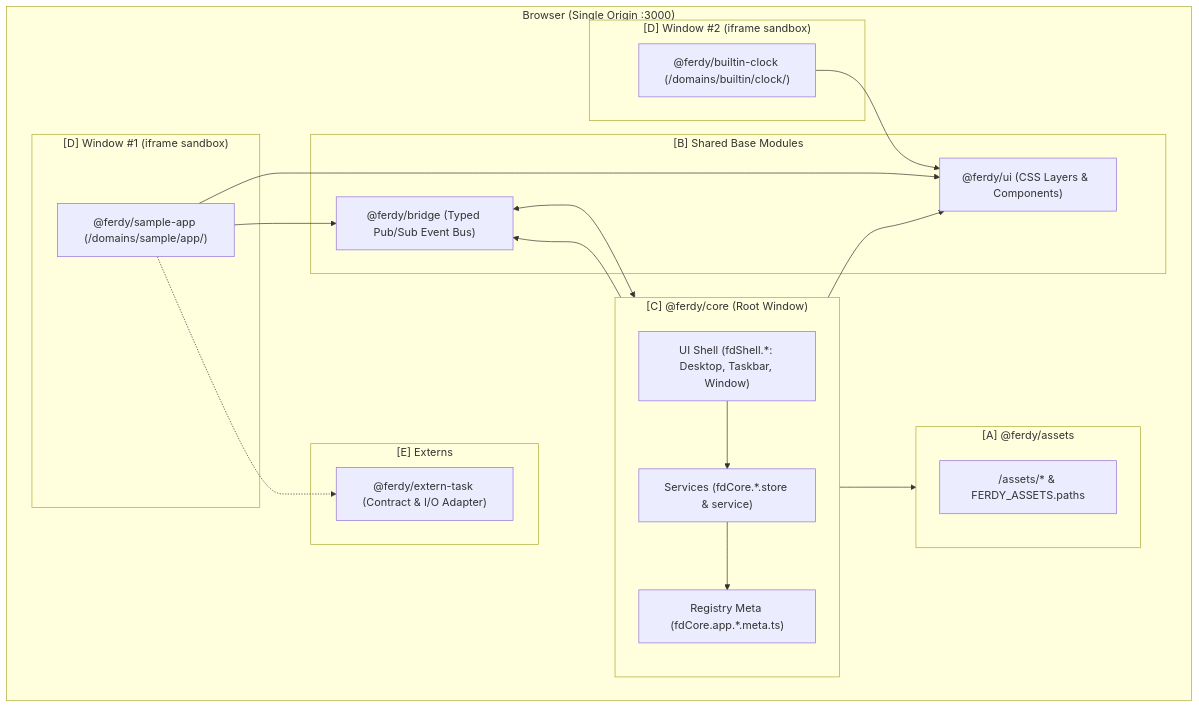
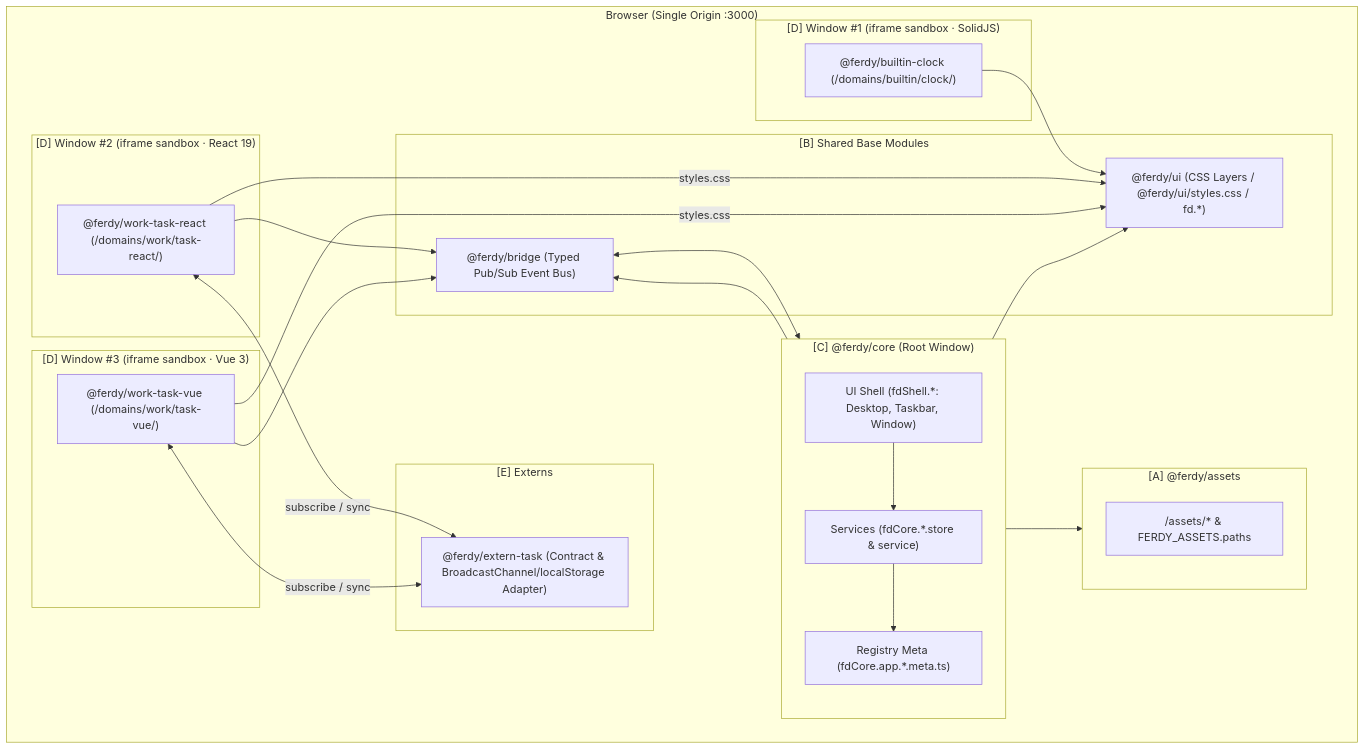
One commit to nicepig7/ferdyPlatter changed the diagram in docs/architecture.md. Above: the diagram before and after it, drawn with Mermaid. The commit also changed other lines of this file and 8 other files, not shown here.

Commit message:
feat(core): register work task apps in manifest/shortcuts and sync v0.1.8 docs

````diff
--- a/docs/architecture.md
+++ b/docs/architecture.md
@@ -24,42 +24,49 @@
 ```mermaid
 flowchart TB
     subgraph Browser["Browser (Single Origin :3000)"]
         subgraph Core["[C] @ferdy/core (Root Window)"]
             Shell["UI Shell (fdShell.*: Desktop, Taskbar, Window)"]
             Services["Services (fdCore.*.store & service)"]
             Meta["Registry Meta (fdCore.app.*.meta.ts)"]
         end
 
         subgraph Base["[B] Shared Base Modules"]
-            UI["@ferdy/ui (CSS Layers & <fd.*> Components)"]
+            UI["@ferdy/ui (CSS Layers / @ferdy/ui/styles.css / fd.*)"]
             Bridge["@ferdy/bridge (Typed Pub/Sub Event Bus)"]
         end
 
         subgraph Assets["[A] @ferdy/assets"]
             Static["/assets/* & FERDY_ASSETS.paths"]
         end
 
         subgraph Externs["[E] Externs"]
-            ExternTask["@ferdy/extern-task (Contract & I/O Adapter)"]
+            ExternTask["@ferdy/extern-task (Contract & BroadcastChannel/localStorage Adapter)"]
         end
 
-        subgraph Window1["[D] Window #1 (iframe sandbox)"]
-            App1["@ferdy/sample-app (/domains/sample/app/)"]
+        subgraph Window1["[D] Window #1 (iframe sandbox · SolidJS)"]
+            App1["@ferdy/builtin-clock (/domains/builtin/clock/)"]
         end
 
-        subgraph Window2["[D] Window #2 (iframe sandbox)"]
-            App2["@ferdy/builtin-clock (/domains/builtin/clock/)"]
+        subgraph Window2["[D] Window #2 (iframe sandbox · React 19)"]
+            App2["@ferdy/work-task-react (/domains/work/task-react/)"]
+        end
+
+        subgraph Window3["[D] Window #3 (iframe sandbox · Vue 3)"]
+            App3["@ferdy/work-task-vue (/domains/work/task-vue/)"]
         end
     end
 
     Shell --> Services
     Services --> Meta
     Core --> UI
     Core --> Bridge
     Core --> Assets
     App1 --> UI
-    App1 --> Bridge
-    App2 --> UI
-    App1 -.-> ExternTask
+    App2 -->|styles.css| UI
+    App3 -->|styles.css| UI
+    App2 --> Bridge
+    App3 --> Bridge
+    App2 <-->|subscribe / sync| ExternTask
+    App3 <-->|subscribe / sync| ExternTask
     Bridge <--> Core
 ```
````
